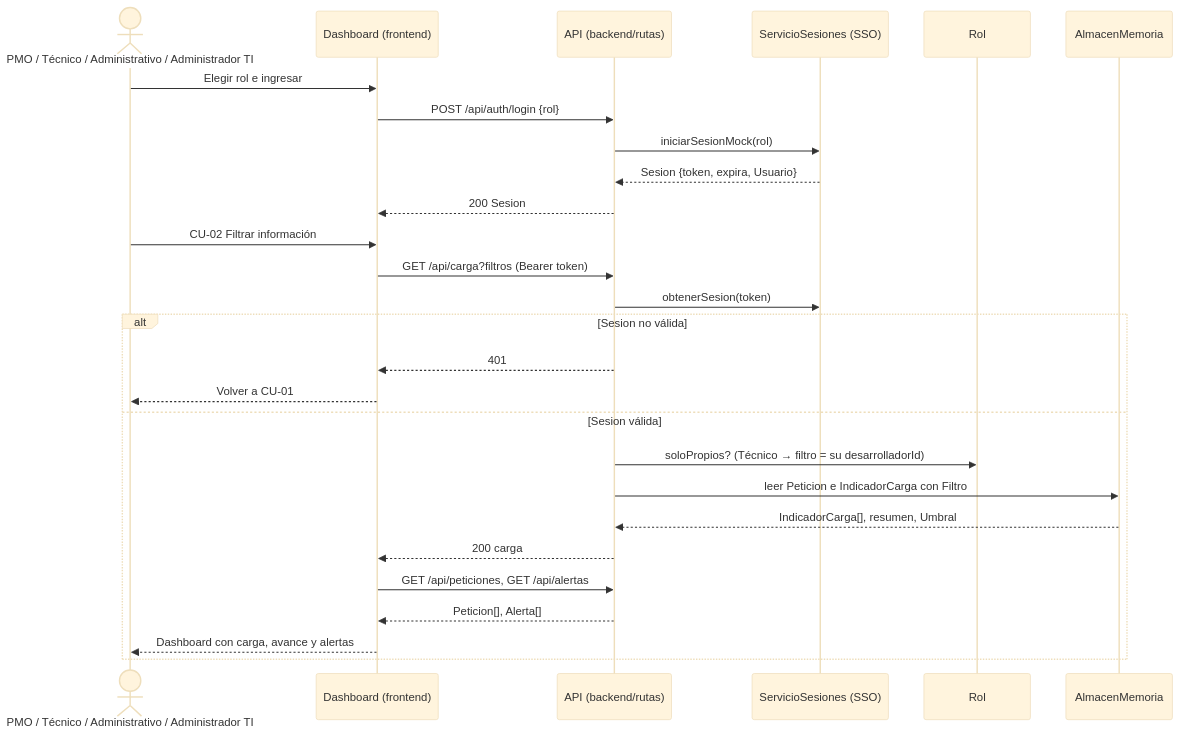
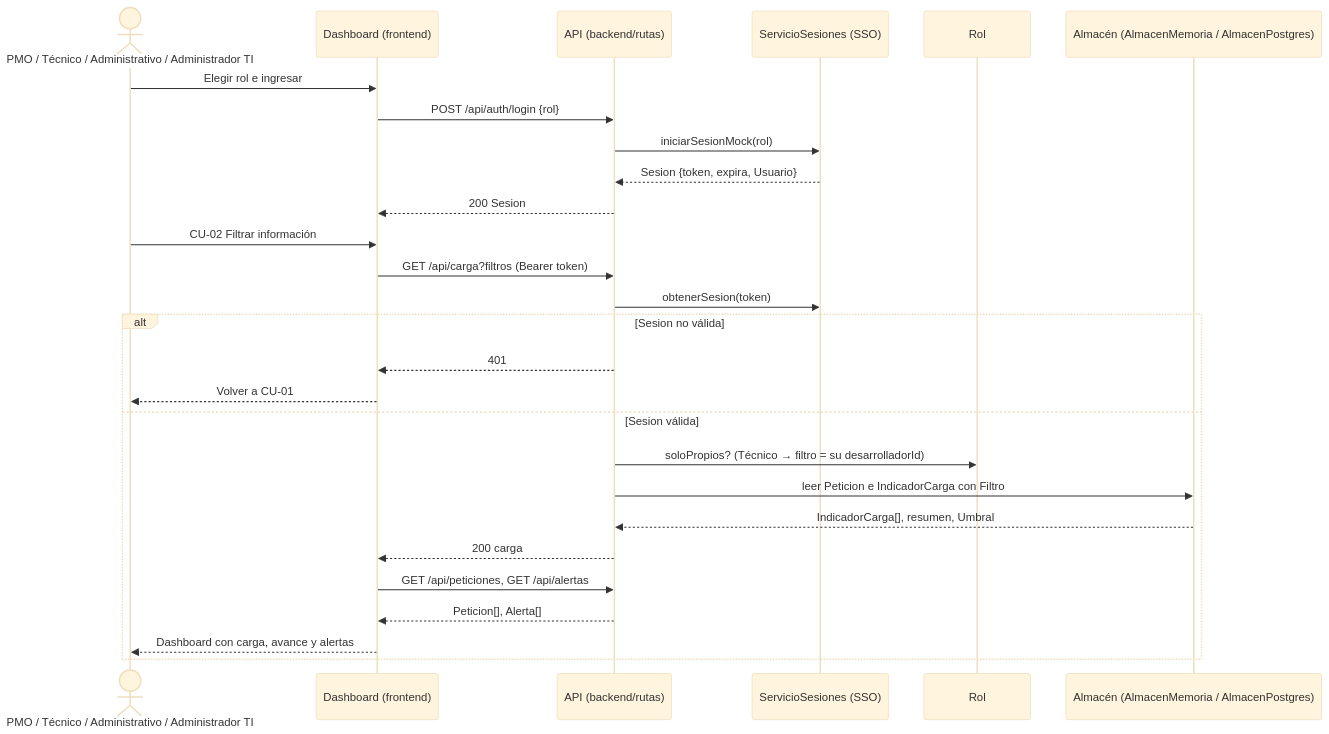
Before and after one commit to Camello15/padre-julian-lorente-carga-devs: the third of 7 diagrams in docs/06-diagramas.md, drawn with Mermaid (base theme). The commit also changed other lines of this file and 3 other files, not shown here.

````diff
--- a/docs/06-diagramas.md
+++ b/docs/06-diagramas.md
@@ -355,29 +358,29 @@
 ```mermaid
 sequenceDiagram
     actor U as PMO / Técnico / Administrativo / Administrador TI
     participant W as Dashboard (frontend)
     participant A as API (backend/rutas)
     participant S as ServicioSesiones (SSO)
     participant R as Rol
-    participant AL as AlmacenMemoria
+    participant AL as Almacén (AlmacenMemoria / AlmacenPostgres)
     U->>W: Elegir rol e ingresar
     W->>A: POST /api/auth/login {rol}
     A->>S: iniciarSesionMock(rol)
     S-->>A: Sesion {token, expira, Usuario}
     A-->>W: 200 Sesion
     U->>W: CU-02 Filtrar información
     W->>A: GET /api/carga?filtros (Bearer token)
     A->>S: obtenerSesion(token)
     alt Sesion no válida
         A-->>W: 401
         W-->>U: Volver a CU-01
     else Sesion válida
         A->>R: soloPropios? (Técnico → filtro = su desarrolladorId)
         A->>AL: leer Peticion e IndicadorCarga con Filtro
         AL-->>A: IndicadorCarga[], resumen, Umbral
         A-->>W: 200 carga
         W->>A: GET /api/peticiones, GET /api/alertas
         A-->>W: Peticion[], Alerta[]
         W-->>U: Dashboard con carga, avance y alertas
     end
 ```
````
